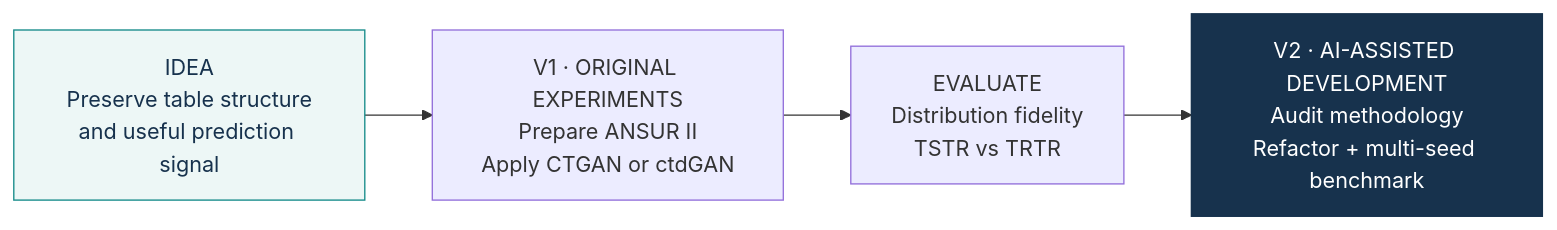
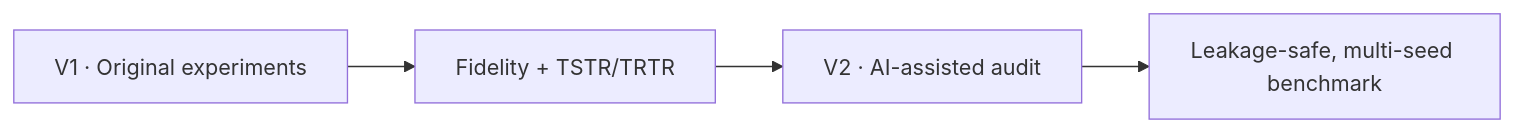
One commit to trungnb/ANSUR-II-CTGAN-Benchmark changed the diagram in README.md. Above: the diagram before and after it, drawn with Mermaid. The commit also changed other lines of this file and 55 other files, not shown here.

````diff
--- a/README.md
+++ b/README.md
@@ -12,11 +5,6 @@
 ```mermaid
 flowchart LR
-    Q["IDEA<br/>Preserve table structure<br/>and useful prediction signal"]
-    Q --> A["V1 · ORIGINAL EXPERIMENTS<br/>Prepare ANSUR II<br/>Apply CTGAN or ctdGAN"]
-    A --> B["EVALUATE<br/>Distribution fidelity<br/>TSTR vs TRTR"]
-    B --> C["V2 · AI-ASSISTED DEVELOPMENT<br/>Audit methodology<br/>Refactor + multi-seed benchmark"]
-    classDef idea fill:#EDF7F6,stroke:#168B8A,color:#17324D
-    classDef output fill:#17324D,stroke:#17324D,color:#FFFFFF
-    class Q idea
-    class C output
+  A["V1 · Original experiments"] --> B["Fidelity + TSTR/TRTR"]
+  B --> C["V2 · AI-assisted audit"]
+  C --> D["Leakage-safe, multi-seed benchmark"]
 ```
````
